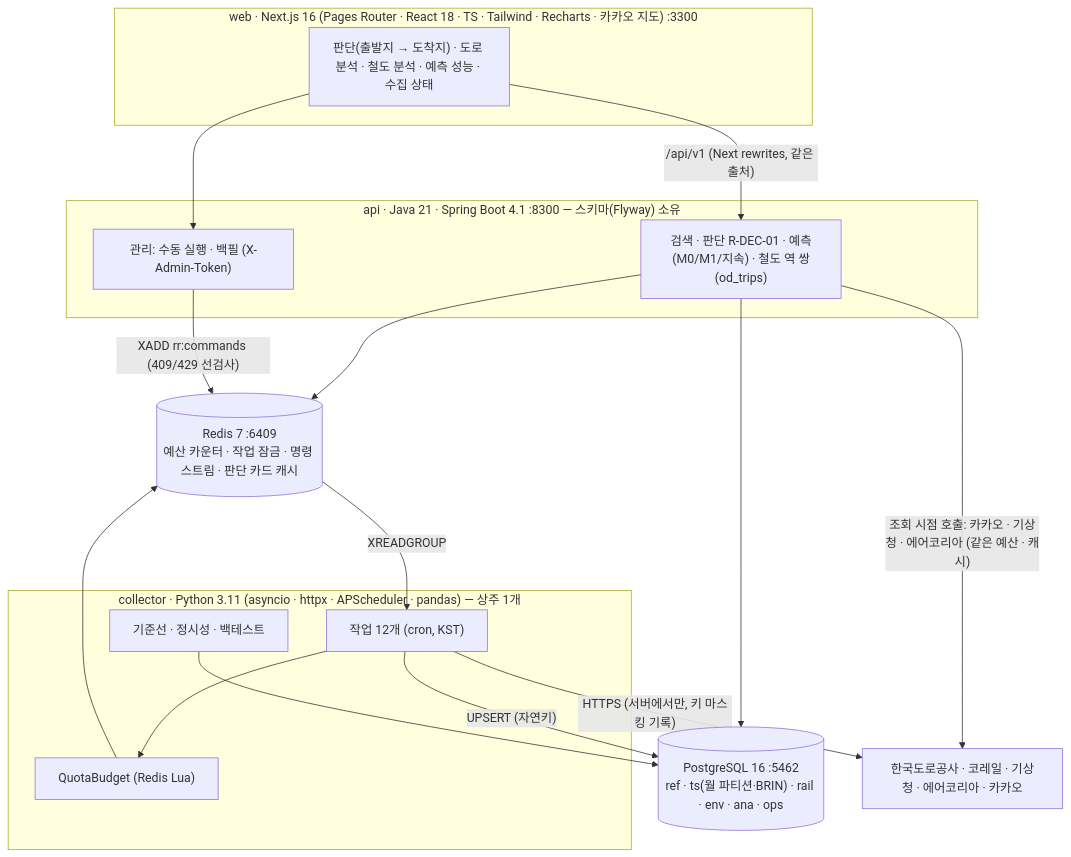
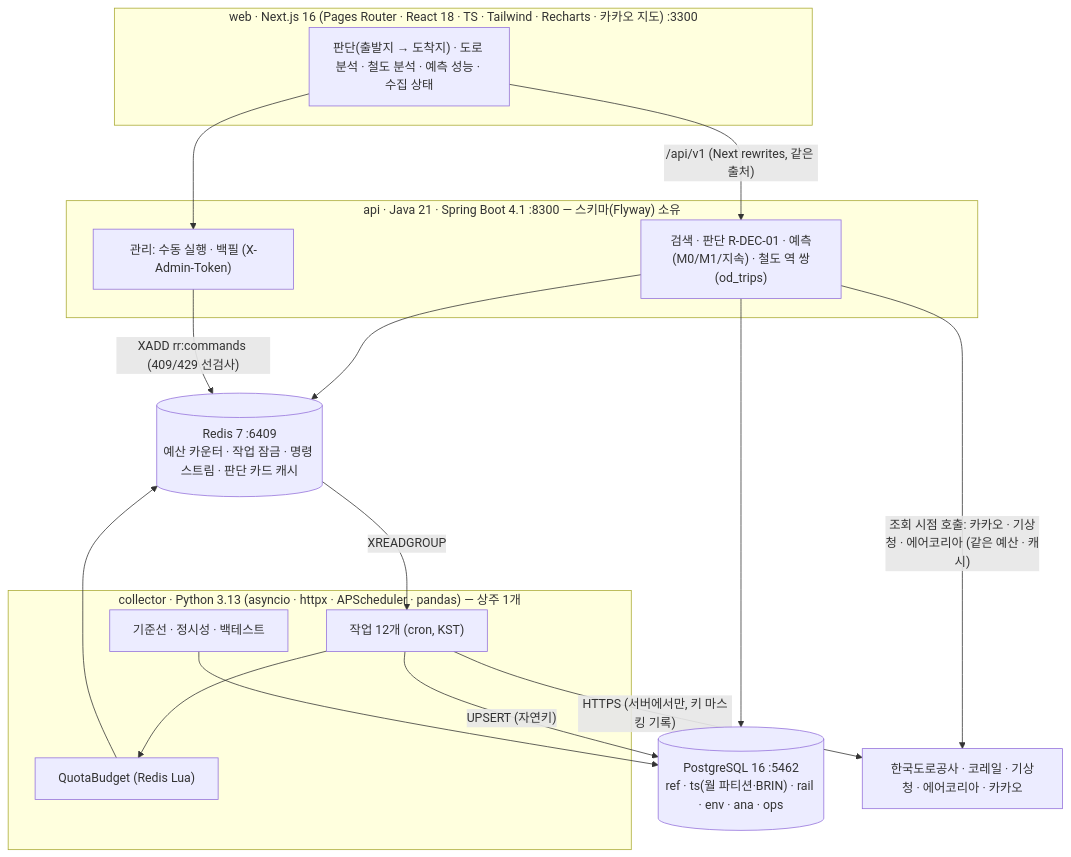
One commit to Jinyoung-Kang/roadrail changed the first of 2 diagrams in README.md. Above: the diagram before and after it, drawn with Mermaid. The commit also changed other lines of this file and 4 other files, not shown here.

````diff
--- a/README.md
+++ b/README.md
@@ -98,30 +98,30 @@
 ```mermaid
 flowchart TB
   subgraph web["web · Next.js 16 (Pages Router · React 18 · TS · Tailwind · Recharts · 카카오 지도) :3300"]
     pages["판단(출발지 → 도착지) · 도로 분석 · 철도 분석 · 예측 성능 · 수집 상태"]
   end
   subgraph api["api · Java 21 · Spring Boot 4.1 :8300 — 스키마(Flyway) 소유"]
     q["검색 · 판단 R-DEC-01 · 예측(M0/M1/지속) · 철도 역 쌍(od_trips)"]
     adm["관리: 수동 실행 · 백필 (X-Admin-Token)"]
   end
-  subgraph col["collector · Python 3.11 (asyncio · httpx · APScheduler · pandas) — 상주 1개"]
+  subgraph col["collector · Python 3.13 (asyncio · httpx · APScheduler · pandas) — 상주 1개"]
     jobs["작업 12개 (cron, KST)"]
     quota["QuotaBudget (Redis Lua)"]
     ana["기준선 · 정시성 · 백테스트"]
   end
   pg[("PostgreSQL 16 :5462<br/>ref · ts(월 파티션·BRIN) · rail · env · ana · ops")]
   rd[("Redis 7 :6409<br/>예산 카운터 · 작업 잠금 · 명령 스트림 · 판단 카드 캐시")]
   ext["한국도로공사 · 코레일 · 기상청 · 에어코리아 · 카카오"]
 
   pages -- "/api/v1 (Next rewrites, 같은 출처)" --> q
   pages --> adm
   q --> pg
   q --> rd
   adm -- "XADD rr:commands (409/429 선검사)" --> rd
   rd -- "XREADGROUP" --> jobs
   jobs --> quota --> rd
   jobs -- "HTTPS (서버에서만, 키 마스킹 기록)" --> ext
   q -- "조회 시점 호출: 카카오 · 기상청 · 에어코리아 (같은 예산 · 캐시)" --> ext
   jobs -- "UPSERT (자연키)" --> pg
   ana --> pg
 ```
````
